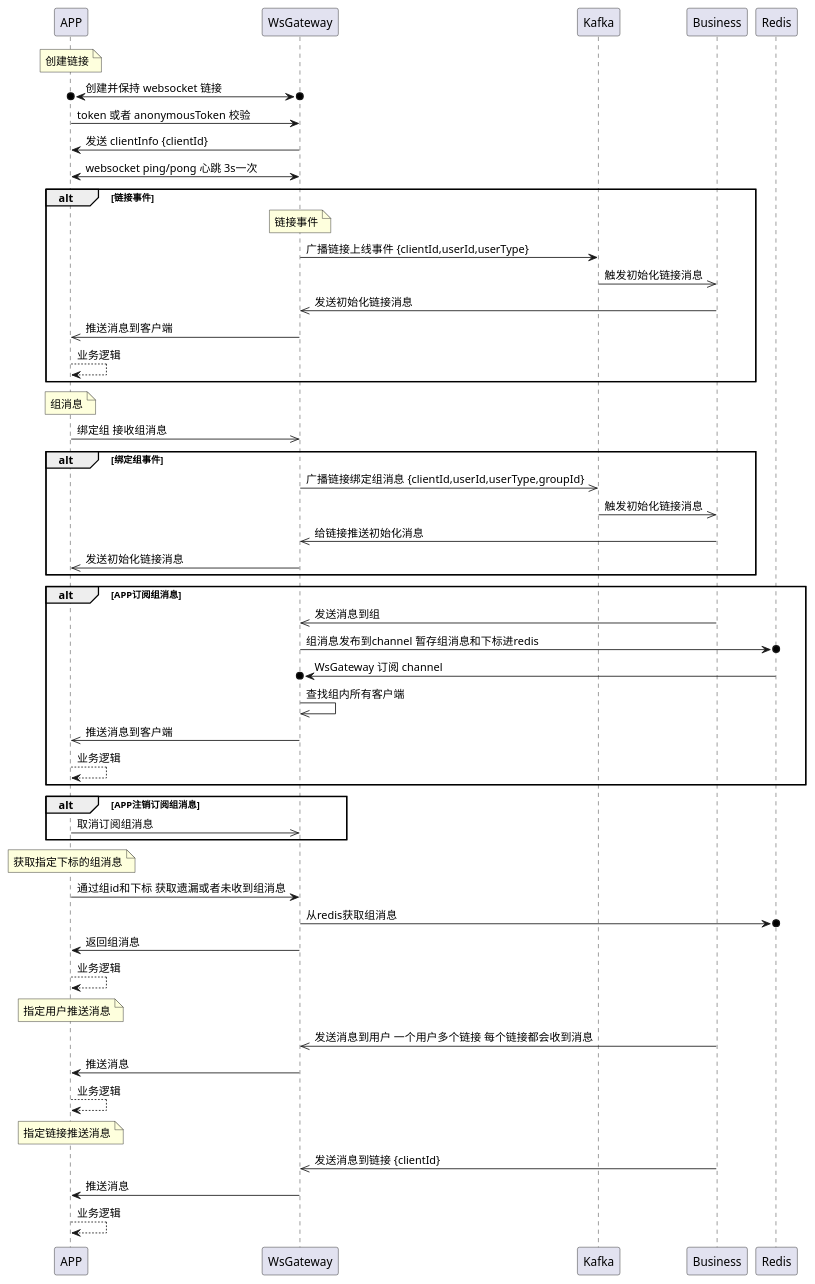
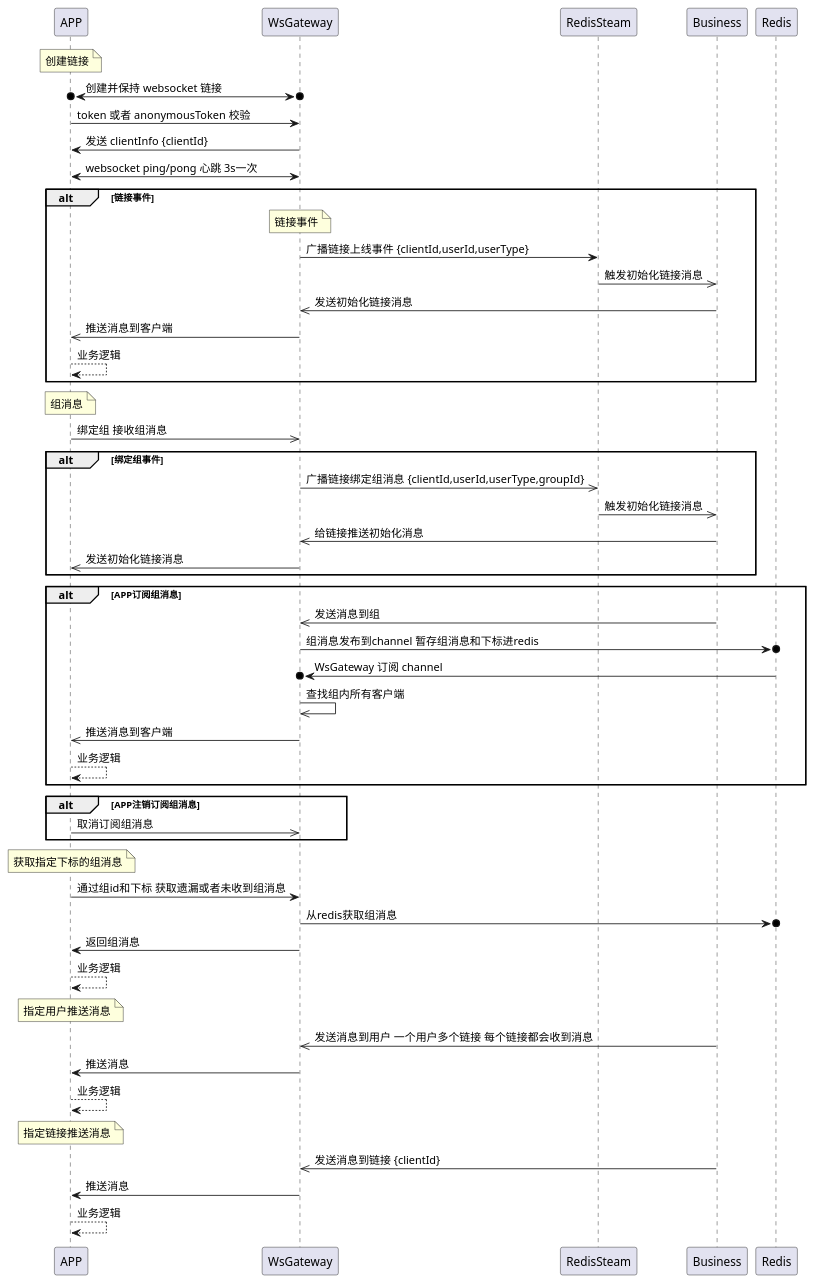
The diagram in 流程.puml (zcl0621/websocket-gateway), drawn with PlantUML before and after one commit. The commit also changed 3 other files, not shown here.

```diff
--- a/流程.puml
+++ b/流程.puml
@@ -1,57 +1,57 @@
 @startuml
 
 note over APP: 创建链接
 APP o<->o WsGateway: 创建并保持 websocket 链接
 APP -> WsGateway: token 或者 anonymousToken 校验
 WsGateway -> APP: 发送 clientInfo {clientId}
 
 APP <-> WsGateway: websocket ping/pong 心跳 3s一次
 
 alt 链接事件
 note over WsGateway: 链接事件
-WsGateway -> Kafka: 广播链接上线事件 {clientId,userId,userType}
-Kafka ->> Business: 触发初始化链接消息
+WsGateway -> RedisSteam: 广播链接上线事件 {clientId,userId,userType}
+RedisSteam ->> Business: 触发初始化链接消息
 Business ->> WsGateway: 发送初始化链接消息
 WsGateway ->> APP: 推送消息到客户端
 APP --> APP: 业务逻辑
 end
 
 note over APP: 组消息
 APP ->> WsGateway: 绑定组 接收组消息
 
 alt 绑定组事件
-{start} WsGateway ->> Kafka: 广播链接绑定组消息 {clientId,userId,userType,groupId}
-Kafka ->> Business: 触发初始化链接消息
+{start} WsGateway ->> RedisSteam: 广播链接绑定组消息 {clientId,userId,userType,groupId}
+RedisSteam ->> Business: 触发初始化链接消息
 Business ->> WsGateway: 给链接推送初始化消息
 {end} WsGateway ->> APP: 发送初始化链接消息
 end
 
 alt APP订阅组消息
 {start} Business ->> WsGateway: 发送消息到组
     {start} WsGateway ->o Redis: 组消息发布到channel 暂存组消息和下标进redis
     {end} Redis ->o WsGateway: WsGateway 订阅 channel
     WsGateway ->> WsGateway: 查找组内所有客户端
 {end} WsGateway ->> APP: 推送消息到客户端
 APP --> APP: 业务逻辑
 end
 
 alt APP注销订阅组消息
 APP ->> WsGateway: 取消订阅组消息
 end
 
 note over APP: 获取指定下标的组消息
 {start} APP -> WsGateway: 通过组id和下标 获取遗漏或者未收到组消息
     WsGateway ->o Redis: 从redis获取组消息
     WsGateway -> APP: 返回组消息
 {end}  APP --> APP: 业务逻辑
 
 note over APP: 指定用户推送消息
 Business ->> WsGateway: 发送消息到用户 一个用户多个链接 每个链接都会收到消息
 WsGateway -> APP: 推送消息
 APP --> APP: 业务逻辑
 
 note over APP: 指定链接推送消息
 Business ->> WsGateway: 发送消息到链接 {clientId}
 WsGateway -> APP: 推送消息
 APP --> APP: 业务逻辑
 @enduml
```
